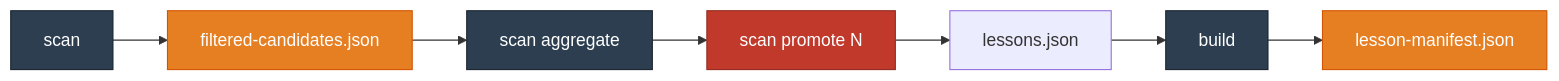
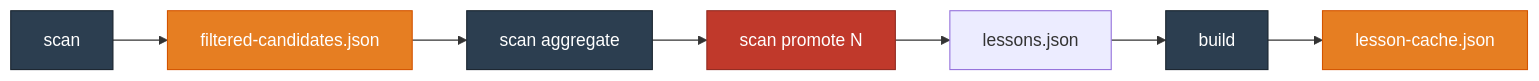
The first of 5 diagrams in docs/prds/002-lessons-review-command.md (joeblackwaslike/lessons-learned), drawn with Mermaid before and after one commit. The commit also changed other lines of this file, not shown here.

````diff
--- a/docs/prds/002-lessons-review-command.md
+++ b/docs/prds/002-lessons-review-command.md
@@ -17,17 +17,17 @@
 ```mermaid
 flowchart LR
     classDef normal fill:#2c3e50,color:#fff,stroke:#1a252f
     classDef fragmented fill:#e67e22,color:#fff,stroke:#d35400
     classDef friction fill:#c0392b,color:#fff,stroke:#922b21
 
     scan --> candidates[filtered-candidates.json]
     candidates --> aggregate[scan aggregate]
     aggregate --> promote["scan promote N"]
     promote --> lessons[lessons.json]
     lessons --> build[build]
-    build --> manifest[lesson-manifest.json]
+    build --> manifest[lesson-cache.json]
 
     class scan,aggregate,build normal
     class candidates,manifest fragmented
     class promote friction
 ```
````
